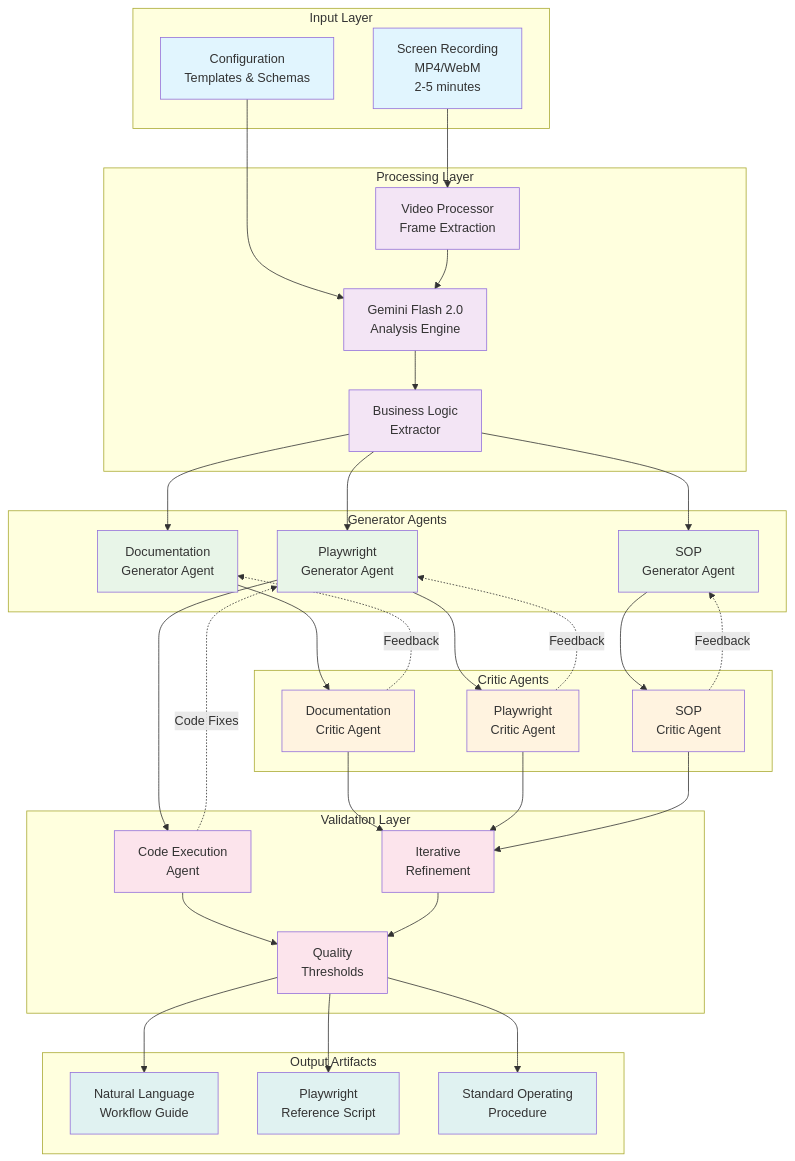
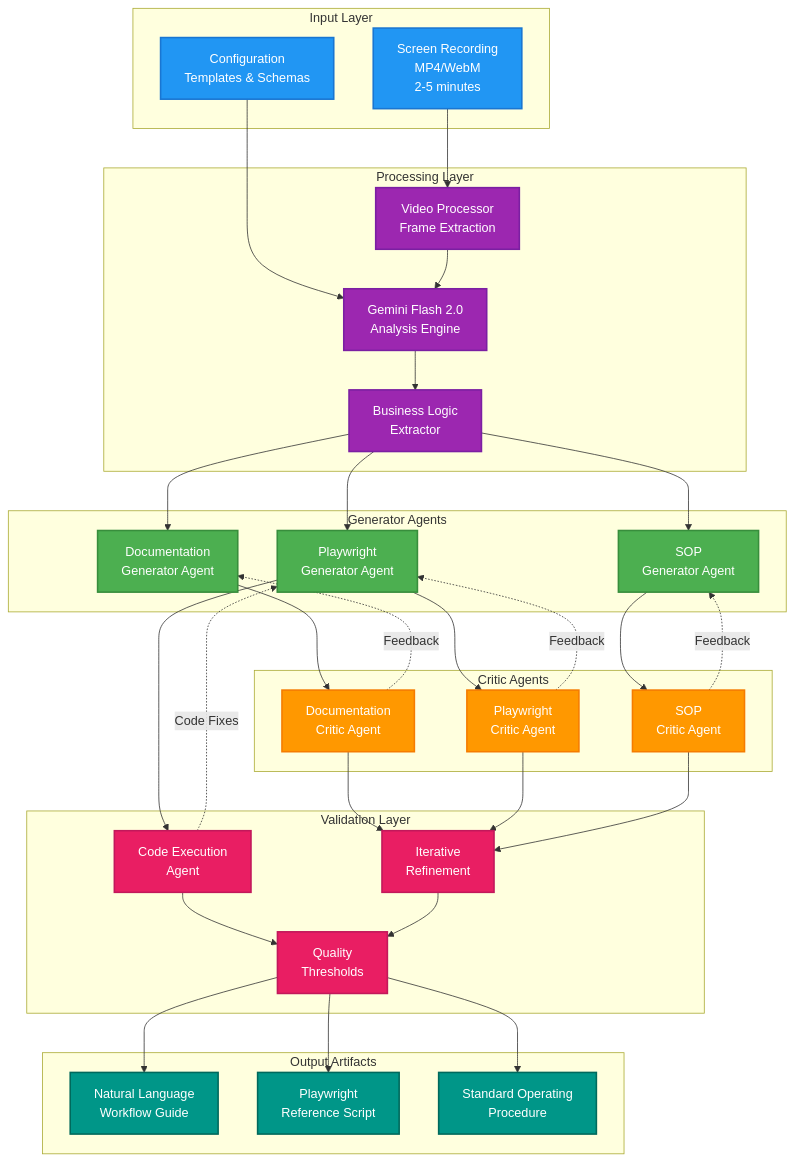
One commit to Alberto-Codes/agent-workflow-suite changed the diagram in docs/prds/01-screen-recording-analyzer/assets/architecture-overview.md. Above: the diagram before and after it, drawn with Mermaid. The commit also changed 5 other files, not shown here.

First line of the commit message:
docs(mermaid): update diagram styling for better dark theme compatibility

```diff
--- a/docs/prds/01-screen-recording-analyzer/assets/architecture-overview.md
+++ b/docs/prds/01-screen-recording-analyzer/assets/architecture-overview.md
@@ -76,13 +76,13 @@
     SCA -.->|Feedback| SGA
     CEA -.->|Code Fixes| PGA
 
-    %% Styling
-    classDef input fill:#e1f5fe
-    classDef processing fill:#f3e5f5
-    classDef generator fill:#e8f5e8
-    classDef critic fill:#fff3e0
-    classDef validation fill:#fce4ec
-    classDef output fill:#e0f2f1
+    %% Styling for better dark/light theme compatibility
+    classDef input fill:#2196F3,stroke:#1976D2,stroke-width:2px,color:#ffffff
+    classDef processing fill:#9C27B0,stroke:#7B1FA2,stroke-width:2px,color:#ffffff
+    classDef generator fill:#4CAF50,stroke:#388E3C,stroke-width:2px,color:#ffffff
+    classDef critic fill:#FF9800,stroke:#F57C00,stroke-width:2px,color:#ffffff
+    classDef validation fill:#E91E63,stroke:#C2185B,stroke-width:2px,color:#ffffff
+    classDef output fill:#009688,stroke:#00695C,stroke-width:2px,color:#ffffff
 
     class VI,CONFIG input
     class VP,GA,BLE processing
```
